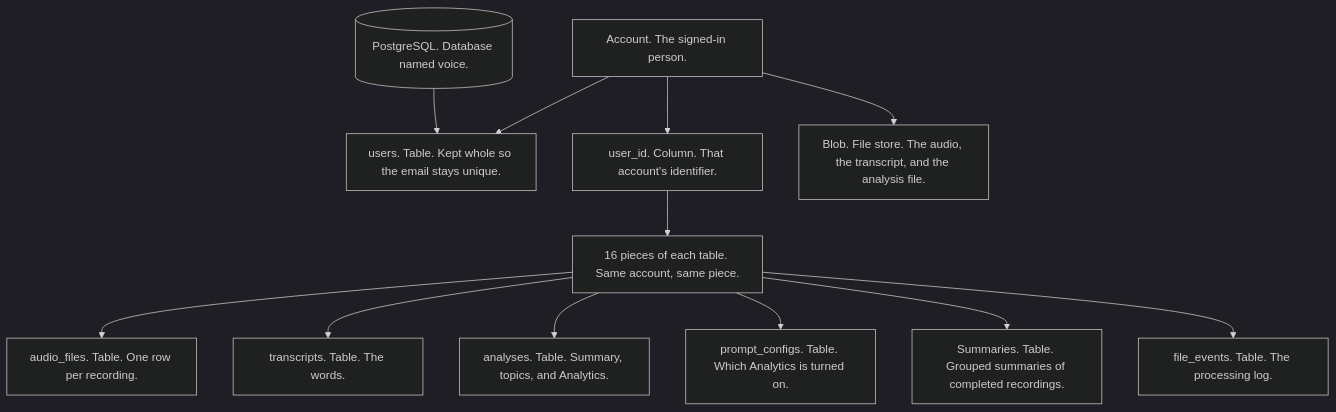
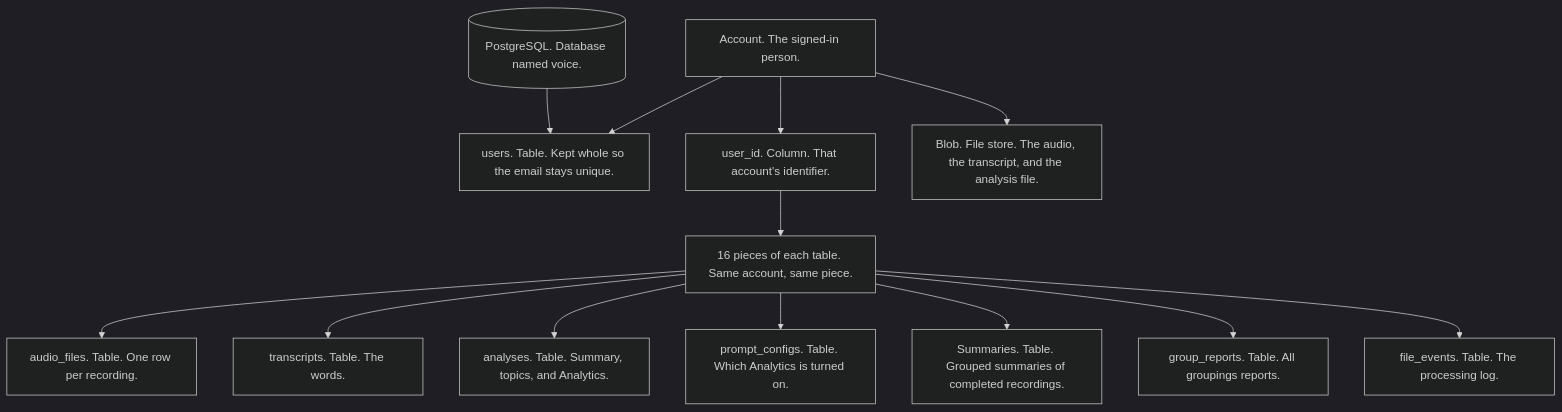
Before and after one commit to highprincezero/wn-voice-analytics: the second of 4 diagrams in docs/data-model.md, drawn with Mermaid (dark theme). The commit also changed other lines of this file and 16 other files, not shown here.

First line of the commit message:
All groupings report: one background job, every grouping, an AI summary for every group

````diff
--- a/docs/data-model.md
+++ b/docs/data-model.md
@@ -97,14 +106,15 @@
 ```mermaid
 flowchart TB
   db[("PostgreSQL. Database named voice.")] --> users["users. Table. Kept whole so the email stays unique."]
   person["Account. The signed-in person."] --> users
   person --> uid["user_id. Column. That account's identifier."]
   uid --> parts["16 pieces of each table. Same account, same piece."]
   parts --> audio["audio_files. Table. One row per recording."]
   parts --> transcripts["transcripts. Table. The words."]
   parts --> analyses["analyses. Table. Summary, topics, and Analytics."]
   parts --> prompts["prompt_configs. Table. Which Analytics is turned on."]
   parts --> summaries["Summaries. Table. Grouped summaries of completed recordings."]
+  parts --> reports["group_reports. Table. All groupings reports."]
   parts --> events["file_events. Table. The processing log."]
   person --> blob["Blob. File store. The audio, the transcript, and the analysis file."]
 ```
````
